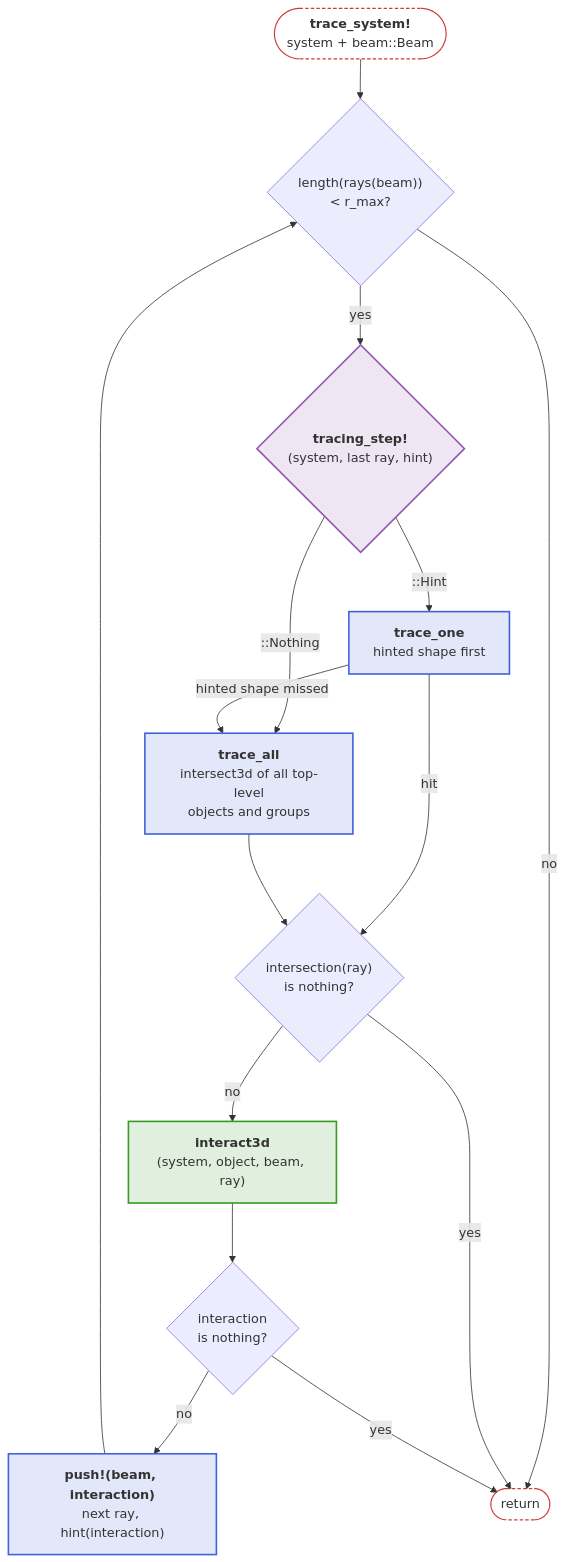
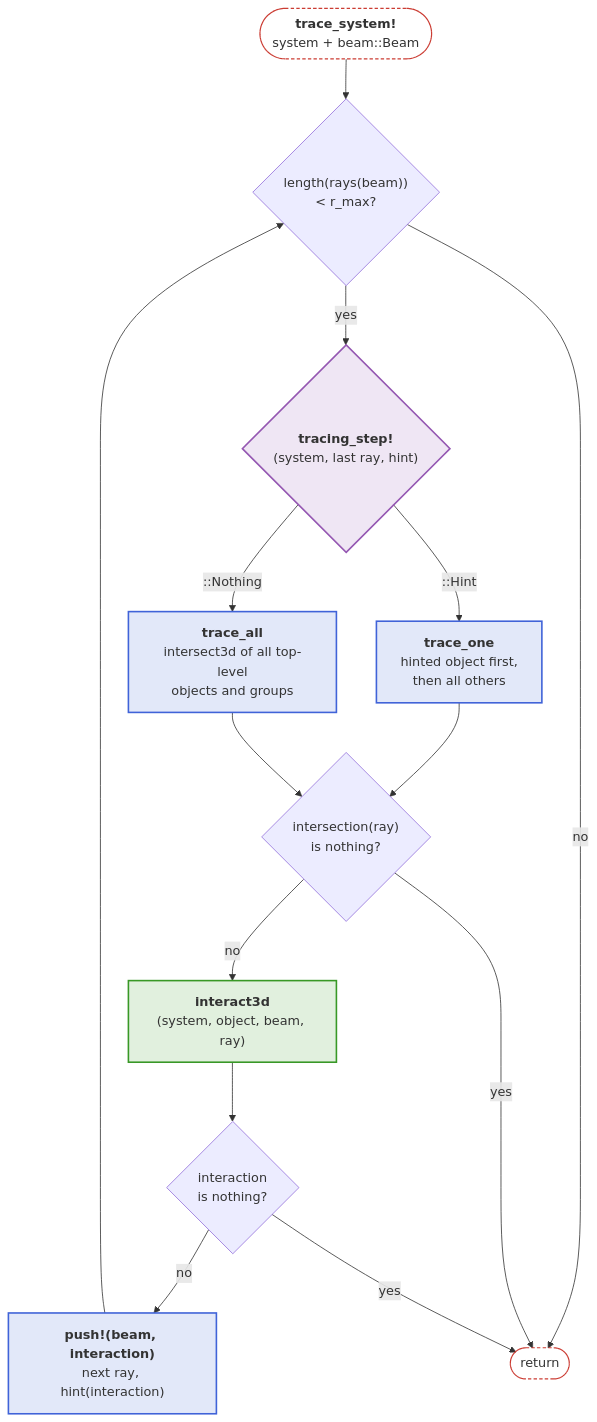
Before and after one commit to JuliaPhysics/BeamletOptics.jl: the sixth of 6 diagrams in docs/src/api/core.md, drawn with Mermaid. The commit also changed other lines of this file, not shown here.

Commit message:
Docs: core diagrams show coincident hits, the beyond-skip and the hint as an optimization

````diff
--- a/docs/src/api/core.md
+++ b/docs/src/api/core.md
@@ -288,35 +300,34 @@
 ```mermaid
 flowchart TB
     S(["<b>trace_system!</b><br/>system + beam::Beam"])
     RM{"length(rays(beam))<br/>#lt; r_max?"}
     TST{"<b>tracing_step!</b><br/>(system, last ray, hint)"}
-    TO["<b>trace_one</b><br/>hinted shape first"]
+    TO["<b>trace_one</b><br/>hinted object first,<br/>then all others"]
     TA["<b>trace_all</b><br/>intersect3d of all top-level<br/>objects and groups"]
     HIT{"intersection(ray)<br/>is nothing?"}
     IA["<b>interact3d</b><br/>(system, object, beam, ray)"]
     NI{"interaction<br/>is nothing?"}
     P["<b>push!(beam, interaction)</b><br/>next ray, hint(interaction)"]
     E([return])
 
     S --> RM
     RM -- yes --> TST
     TST -- "::Hint" --> TO
     TST -- "::Nothing" --> TA
-    TO -- "hinted shape missed" --> TA
-    TO -- hit --> HIT
+    TO --> HIT
     TA --> HIT
     HIT -- no --> IA --> NI
     NI -- no --> P --> RM
     RM -- no --> E
     HIT -- yes --> E
     NI -- yes --> E
 
     classDef blue fill:#4063D826,stroke:#4063D8,stroke-width:2px
     classDef green fill:#38982626,stroke:#389826,stroke-width:2px
     classDef purple fill:#9558B226,stroke:#9558B2,stroke-width:2px
     classDef terminal fill:transparent,stroke:#CB3C33,stroke-width:1.5px,stroke-dasharray:4 3
     class TO,TA,P blue
     class IA green
     class TST purple
     class S,E terminal
 ```
````
